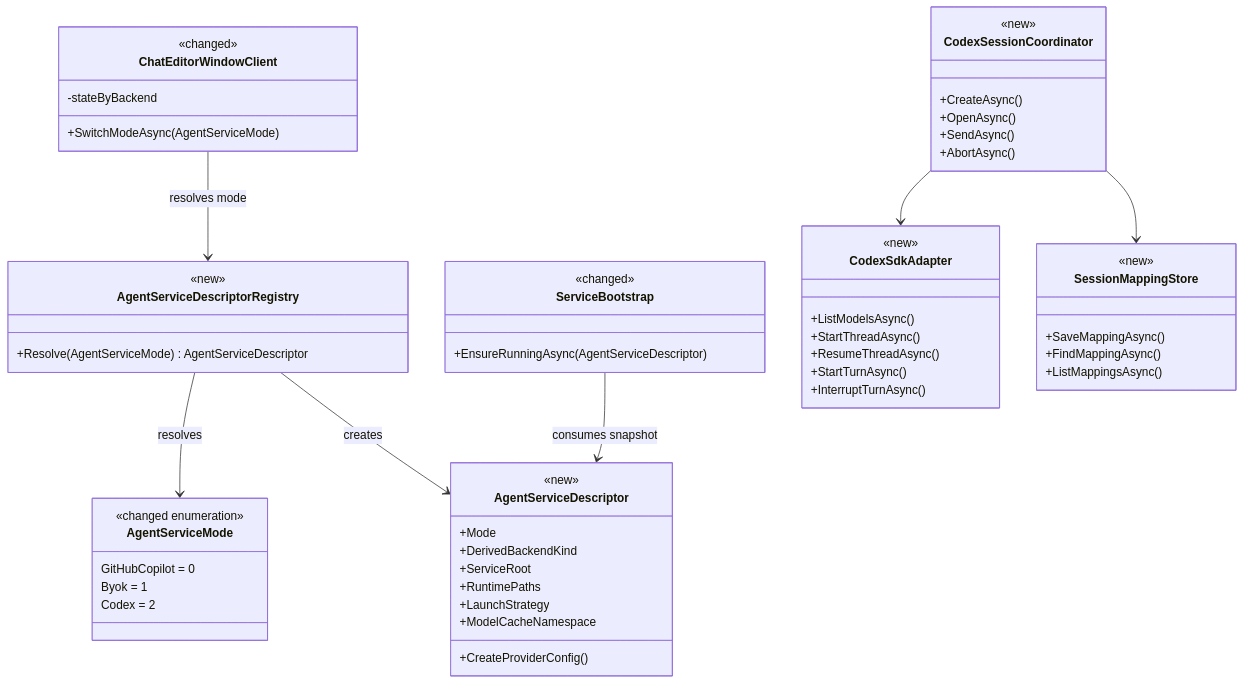
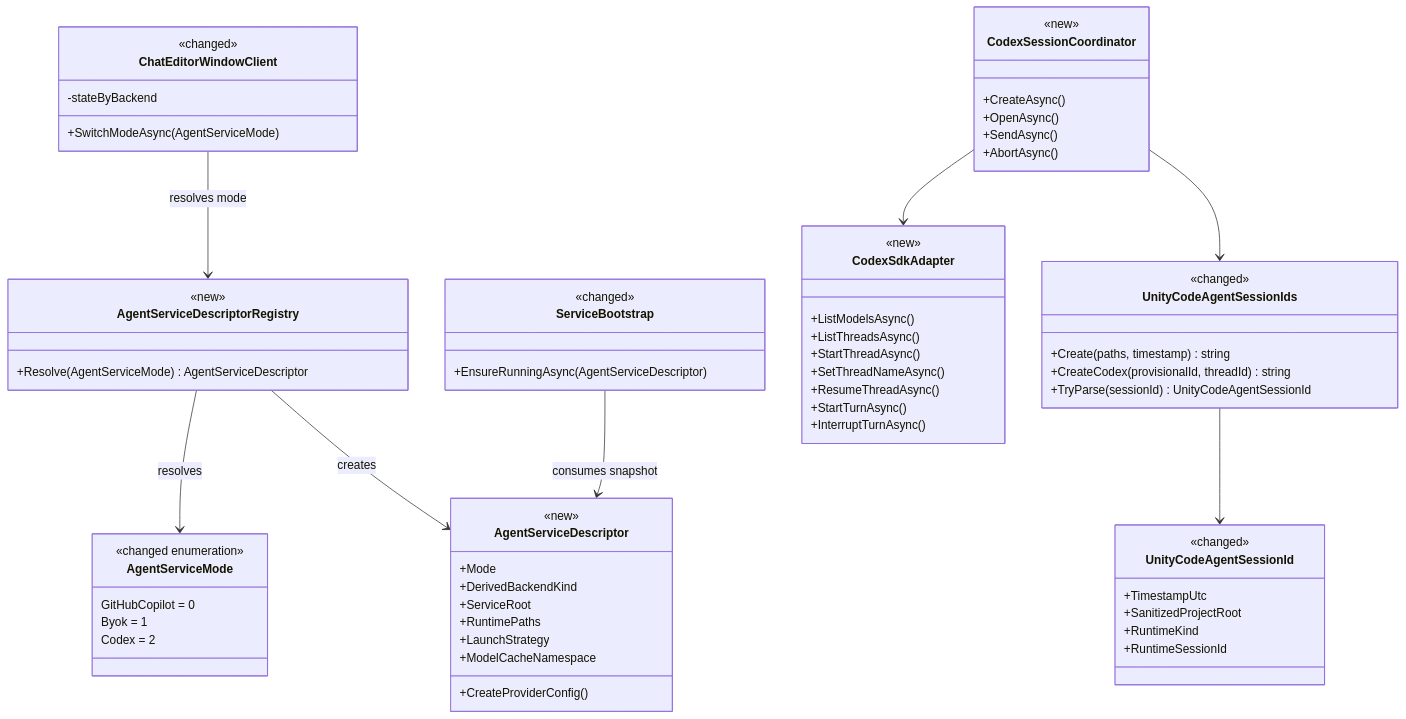
Before and after one commit to Signal-Loop/UnityCodeAgent: the fourth of 6 diagrams in docs/kanban/add-codex-agent-service.md, drawn with Mermaid. The commit also changed other lines of this file, not shown here.

Commit message:
feat: Update add-codex-agent-service.md to reflect status change, enhance session identity handling, and improve documentation for Codex service integration

````diff
--- a/docs/kanban/add-codex-agent-service.md
+++ b/docs/kanban/add-codex-agent-service.md
@@ -228,59 +234,69 @@
 ```mermaid
 classDiagram
     class AgentServiceMode {
         <<changed enumeration>>
         GitHubCopilot = 0
         Byok = 1
         Codex = 2
     }
     class AgentServiceDescriptor {
         <<new>>
         +Mode
         +DerivedBackendKind
         +ServiceRoot
         +RuntimePaths
         +LaunchStrategy
         +ModelCacheNamespace
         +CreateProviderConfig()
     }
     class AgentServiceDescriptorRegistry {
         <<new>>
         +Resolve(AgentServiceMode) AgentServiceDescriptor
     }
     class ServiceBootstrap {
         <<changed>>
         +EnsureRunningAsync(AgentServiceDescriptor)
     }
     class ChatEditorWindowClient {
         <<changed>>
         -stateByBackend
         +SwitchModeAsync(AgentServiceMode)
     }
     class CodexSdkAdapter {
         <<new>>
         +ListModelsAsync()
+        +ListThreadsAsync()
         +StartThreadAsync()
+        +SetThreadNameAsync()
         +ResumeThreadAsync()
         +StartTurnAsync()
         +InterruptTurnAsync()
     }
     class CodexSessionCoordinator {
         <<new>>
         +CreateAsync()
         +OpenAsync()
         +SendAsync()
         +AbortAsync()
     }
-    class SessionMappingStore {
-        <<new>>
-        +SaveMappingAsync()
-        +FindMappingAsync()
-        +ListMappingsAsync()
+    class UnityCodeAgentSessionIds {
+        <<changed>>
+        +Create(paths, timestamp) string
+        +CreateCodex(provisionalId, threadId) string
+        +TryParse(sessionId) UnityCodeAgentSessionId
+    }
+    class UnityCodeAgentSessionId {
+        <<changed>>
+        +TimestampUtc
+        +SanitizedProjectRoot
+        +RuntimeKind
+        +RuntimeSessionId
     }
     AgentServiceDescriptorRegistry --> AgentServiceMode : resolves
     AgentServiceDescriptorRegistry --> AgentServiceDescriptor : creates
     ServiceBootstrap --> AgentServiceDescriptor : consumes snapshot
     ChatEditorWindowClient --> AgentServiceDescriptorRegistry : resolves mode
     CodexSessionCoordinator --> CodexSdkAdapter
-    CodexSessionCoordinator --> SessionMappingStore
+    CodexSessionCoordinator --> UnityCodeAgentSessionIds
+    UnityCodeAgentSessionIds --> UnityCodeAgentSessionId
 ```
````
